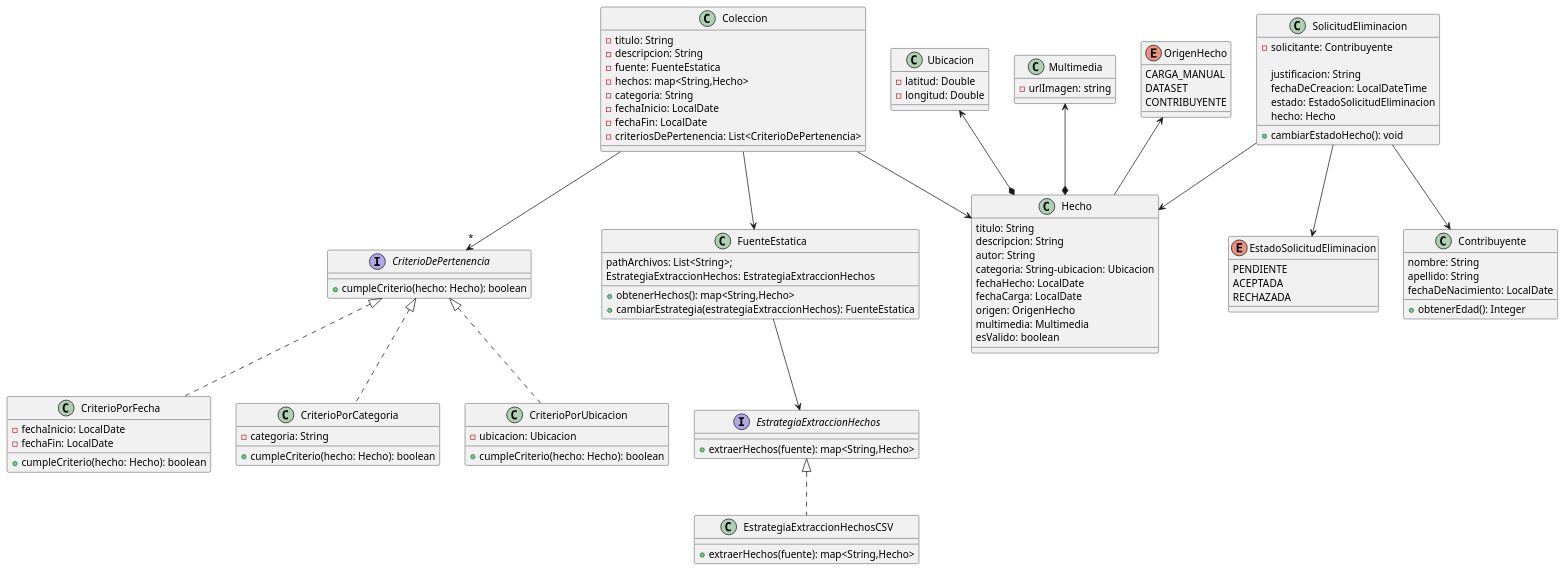
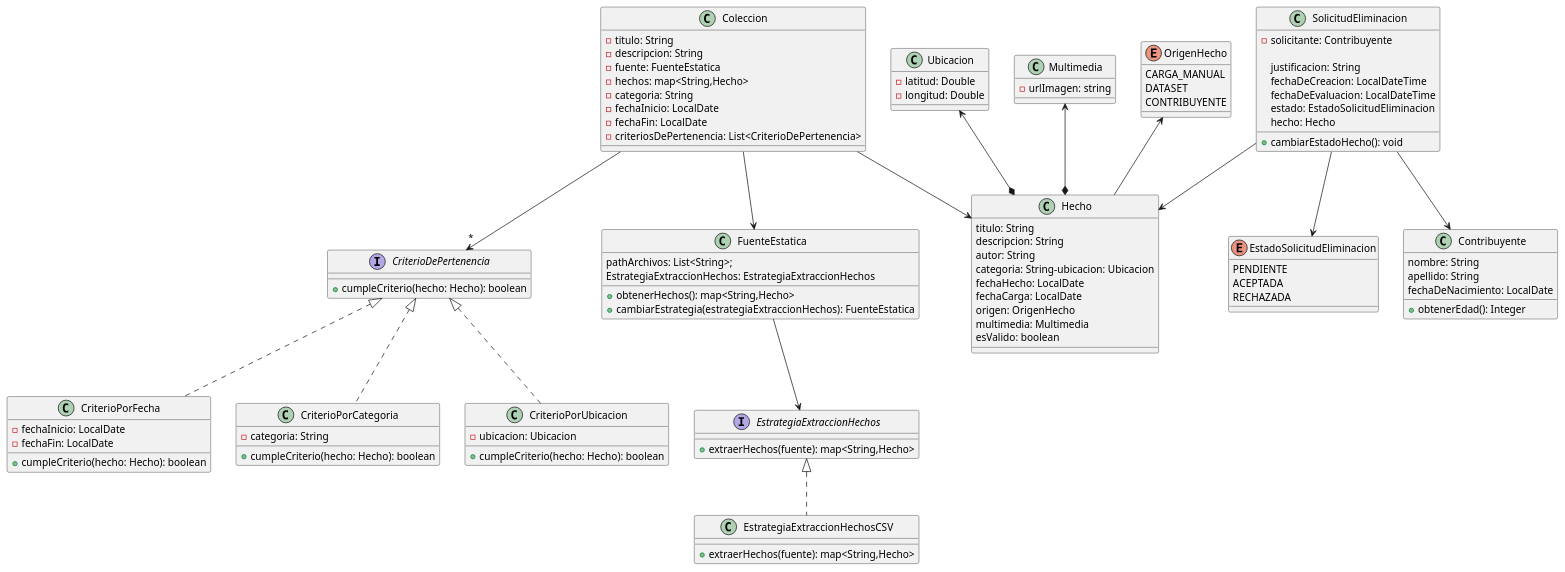
The diagram in src/main/DiagramaDeClases.puml (OslothLAS/ProyectoDeploy), drawn with PlantUML before and after one commit. The commit also changed 3 other files, not shown here.

Commit message:
Test de SolicitudDeEliminaion, modifique el diagrama un poco

```diff
--- a/src/main/DiagramaDeClases.puml
+++ b/src/main/DiagramaDeClases.puml
@@ -1,132 +1,133 @@
 @startuml
 class Coleccion {
 
 -titulo: String
 -descripcion: String
 -fuente: FuenteEstatica
 -hechos: map<String,Hecho>
 -categoria: String
 -fechaInicio: LocalDate
 -fechaFin: LocalDate
 -criteriosDePertenencia: List<CriterioDePertenencia>
 
 }
 
 interface CriterioDePertenencia {
 + cumpleCriterio(hecho: Hecho): boolean
 }
 
 class CriterioPorFecha implements CriterioDePertenencia {
     -fechaInicio: LocalDate
     -fechaFin: LocalDate
     +cumpleCriterio(hecho: Hecho): boolean
 }
 
 class CriterioPorCategoria implements CriterioDePertenencia {
     -categoria: String
     +cumpleCriterio(hecho: Hecho): boolean
 }
 
 class CriterioPorUbicacion implements CriterioDePertenencia {
     -ubicacion: Ubicacion
     +cumpleCriterio(hecho: Hecho): boolean
 }
 
 
 
 
  class Ubicacion {
    -latitud: Double
    -longitud: Double
  }
 
   class SolicitudEliminacion{
     -solicitante: Contribuyente
 
 justificacion: String
 fechaDeCreacion: LocalDateTime
+fechaDeEvaluacion: LocalDateTime
 estado: EstadoSolicitudEliminacion
 hecho: Hecho
 + cambiarEstadoHecho(): void
 }
 
 
 
    enum EstadoSolicitudEliminacion {
        PENDIENTE
        ACEPTADA
        RECHAZADA
      }
 
  class Hecho {
 
 titulo: String
 descripcion: String
 autor: String
 categoria: String-ubicacion: Ubicacion
 fechaHecho: LocalDate
 fechaCarga: LocalDate
 origen: OrigenHecho
 multimedia: Multimedia
 esValido: boolean
 
 
     }
 
   class Multimedia{
     -urlImagen: string
   }
 
 
 
   enum OrigenHecho {
     CARGA_MANUAL
     DATASET
     CONTRIBUYENTE
   }
 
 
   class FuenteEstatica{
 
 pathArchivos: List<String>;
     EstrategiaExtraccionHechos: EstrategiaExtraccionHechos
     +obtenerHechos(): map<String,Hecho>
     +cambiarEstrategia(estrategiaExtraccionHechos): FuenteEstatica
 }
 
   interface EstrategiaExtraccionHechos{
     + extraerHechos(fuente): map<String,Hecho>
   }
 
     class EstrategiaExtraccionHechosCSV implements EstrategiaExtraccionHechos{
         + extraerHechos(fuente): map<String,Hecho>
     }
 
 
 
 class Contribuyente{
 
 nombre: String
 apellido: String
 fechaDeNacimiento: LocalDate
 
 +obtenerEdad(): Integer
 }
 
 
 
 
 
 
   Coleccion --> FuenteEstatica
   Coleccion --> Hecho
   OrigenHecho <-- Hecho
   Ubicacion <--* Hecho
   SolicitudEliminacion --> Hecho
   SolicitudEliminacion --> Contribuyente
    FuenteEstatica --> EstrategiaExtraccionHechos
   SolicitudEliminacion --> EstadoSolicitudEliminacion
   Coleccion -->"*" CriterioDePertenencia
 
   Multimedia <--* Hecho
 @enduml
```
